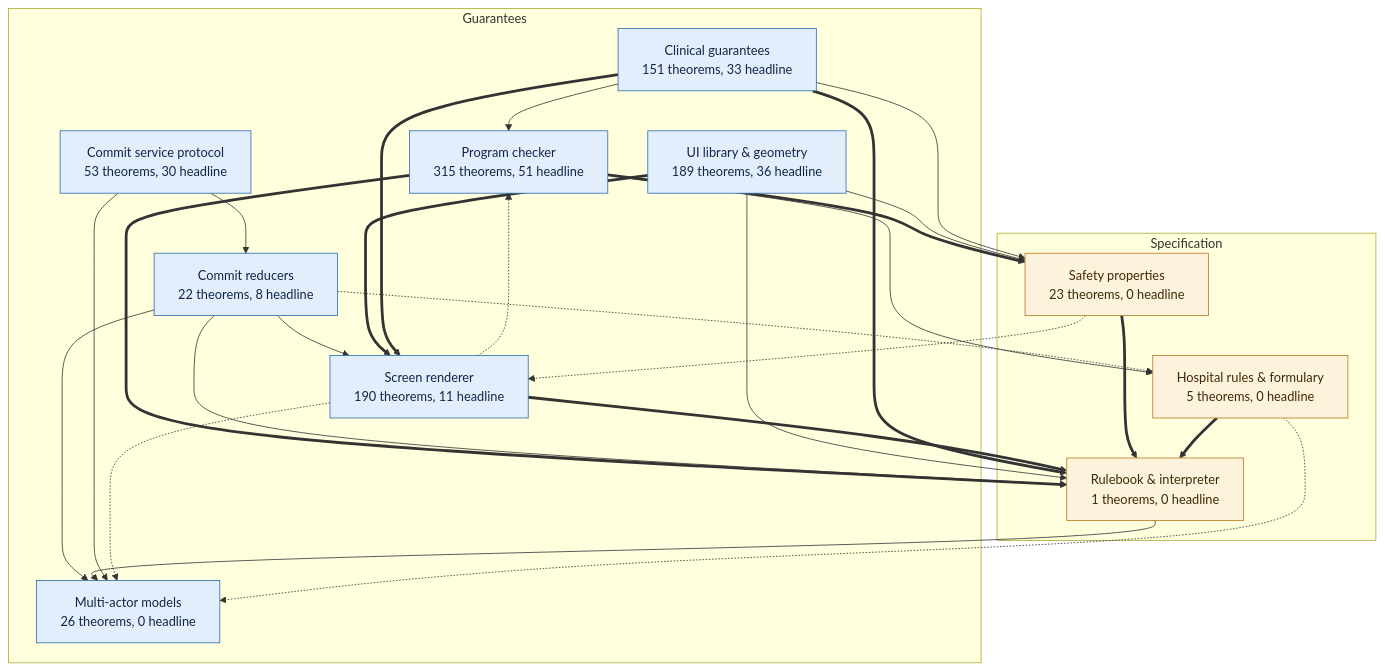
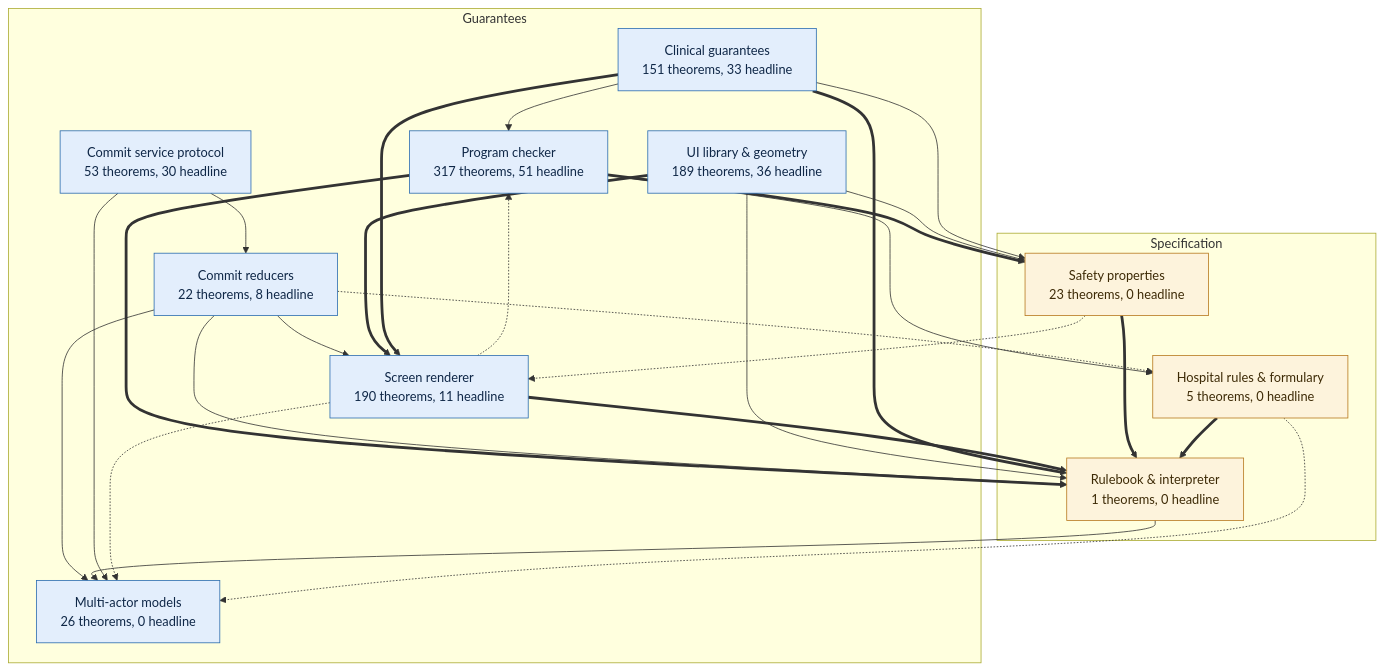
The first of 9 diagrams in docs/proof-map.md (saithat/VGI-Health), drawn with Mermaid before and after one commit. The commit also changed 9 other files, not shown here.

````diff
--- a/docs/proof-map.md
+++ b/docs/proof-map.md
@@ -15,43 +15,43 @@
 ```mermaid
 flowchart TB
   subgraph guar_g["Guarantees"]
     proofs["Clinical guarantees<br/>151 theorems, 33 headline"]:::guar
-    check["Program checker<br/>315 theorems, 51 headline"]:::guar
+    check["Program checker<br/>317 theorems, 51 headline"]:::guar
     render["Screen renderer<br/>190 theorems, 11 headline"]:::guar
     layout["UI library &amp; geometry<br/>189 theorems, 36 headline"]:::guar
     commit["Commit reducers<br/>22 theorems, 8 headline"]:::guar
     protocol["Commit service protocol<br/>53 theorems, 30 headline"]:::guar
     multi["Multi-actor models<br/>26 theorems, 0 headline"]:::guar
   end
   subgraph spec_g["Specification"]
     core["Rulebook &amp; interpreter<br/>1 theorems, 0 headline"]:::spec
     props["Safety properties<br/>23 theorems, 0 headline"]:::spec
     specs["Hospital rules &amp; formulary<br/>5 theorems, 0 headline"]:::spec
   end
   check ==> core
   check ==> props
   check --> specs
   commit --> core
   commit --> multi
   commit --> render
   commit -.-> specs
   core --> multi
   layout --> core
   layout --> props
   layout ==> render
   proofs --> check
   proofs ==> core
   proofs --> props
   proofs ==> render
   props ==> core
   props -.-> render
   protocol --> commit
   protocol --> multi
   render -.-> check
   render ==> core
   render -.-> multi
   specs ==> core
   specs -.-> multi
   classDef spec fill:#fdf3dc,stroke:#b7791f,color:#3d2a06
   classDef guar fill:#e3eefc,stroke:#2b6cb0,color:#0f2747
 ```
````
